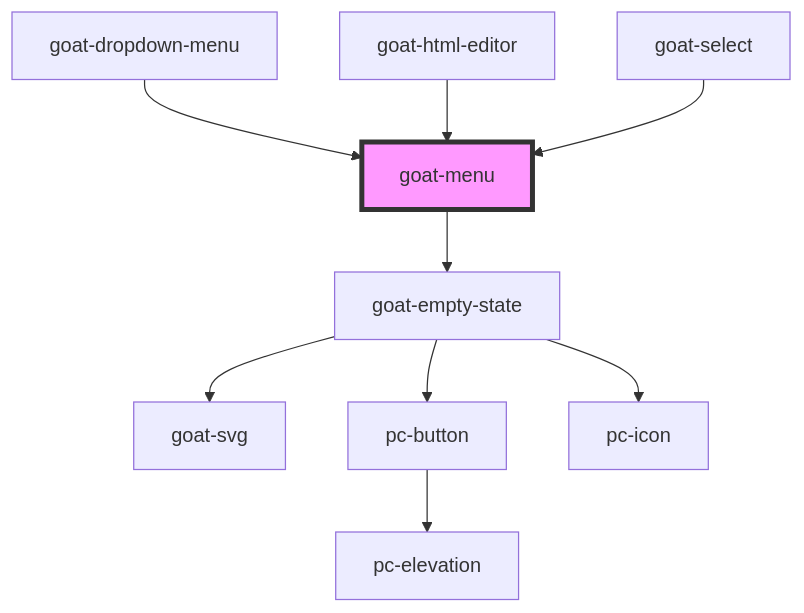
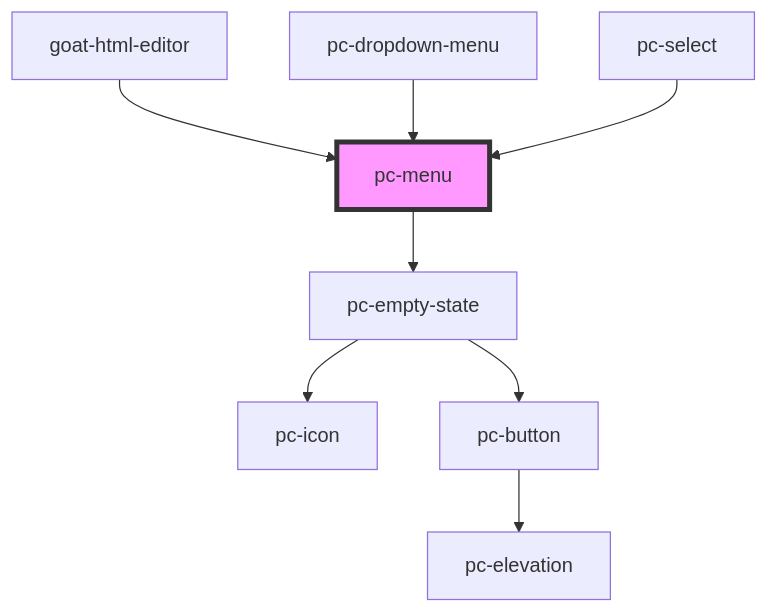
The diagram in src/components/menu/menu/readme.md (redvars/peacock), drawn with Mermaid before and after one commit. The commit also changed other lines of this file and 299 other files, not shown here.

````diff
--- a/src/components/menu/menu/readme.md
+++ b/src/components/menu/menu/readme.md
@@ -48,12 +48,11 @@
 ```mermaid
 graph TD;
-  goat-menu --> goat-empty-state
-  goat-empty-state --> goat-svg
-  goat-empty-state --> pc-button
-  goat-empty-state --> pc-icon
+  pc-menu --> pc-empty-state
+  pc-empty-state --> pc-icon
+  pc-empty-state --> pc-button
   pc-button --> pc-elevation
-  goat-dropdown-menu --> goat-menu
-  goat-html-editor --> goat-menu
-  goat-select --> goat-menu
-  style goat-menu fill:#f9f,stroke:#333,stroke-width:4px
+  goat-html-editor --> pc-menu
+  pc-dropdown-menu --> pc-menu
+  pc-select --> pc-menu
+  style pc-menu fill:#f9f,stroke:#333,stroke-width:4px
 ```
````
